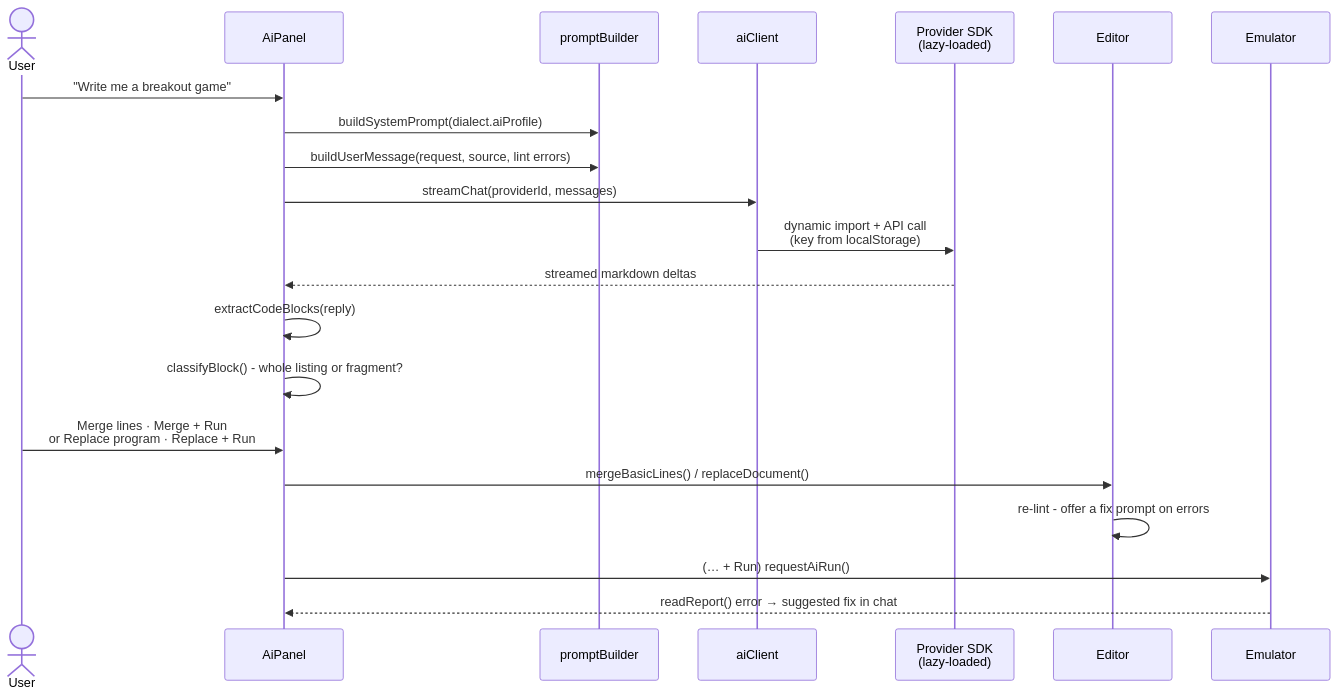
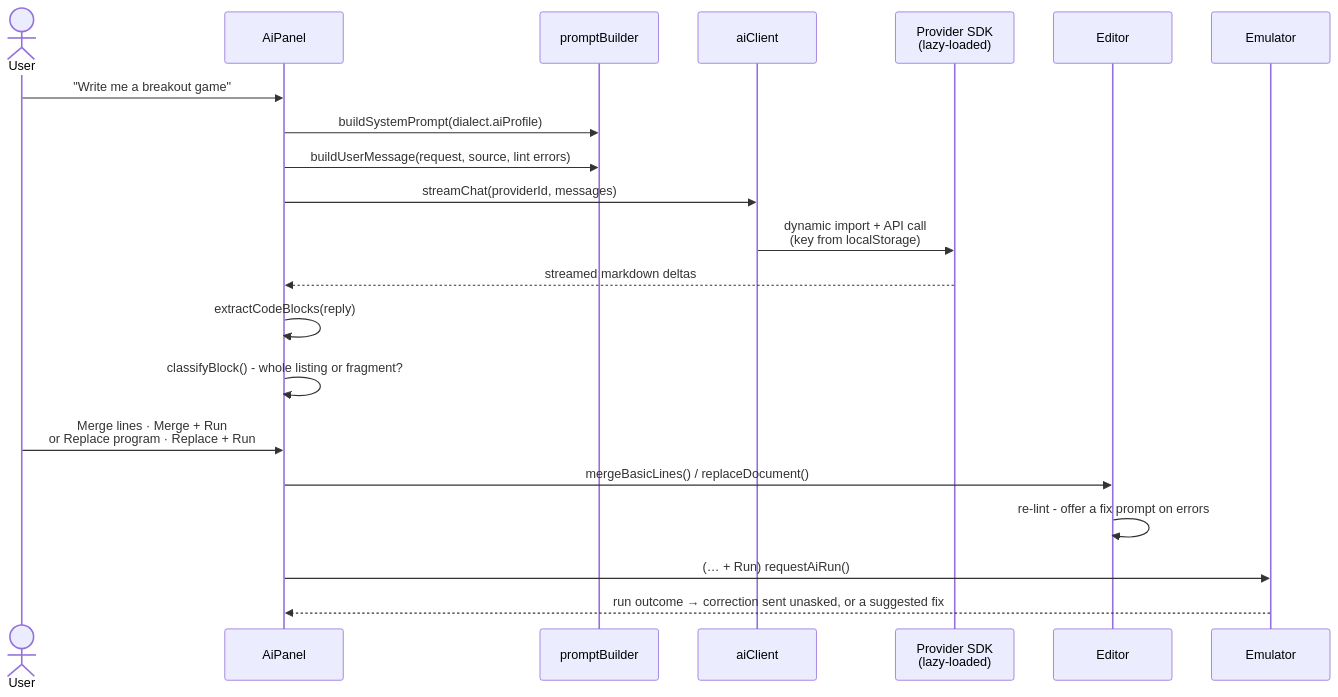
The seventh of 9 diagrams in docs/contributing/architecture.md (seanhodges/basically), drawn with Mermaid before and after one commit. The commit also changed other lines of this file and 29 other files, not shown here.

````diff
--- a/docs/contributing/architecture.md
+++ b/docs/contributing/architecture.md
@@ -468,24 +469,24 @@
 ```mermaid
 sequenceDiagram
   actor U as User
   participant P as AiPanel
   participant B as promptBuilder
   participant C as aiClient
   participant X as Provider SDK<br/>(lazy-loaded)
   participant E as Editor
   participant M as Emulator
 
   U->>P: "Write me a breakout game"
   P->>B: buildSystemPrompt(dialect.aiProfile)
   P->>B: buildUserMessage(request, source, lint errors)
   P->>C: streamChat(providerId, messages)
   C->>X: dynamic import + API call<br/>(key from localStorage)
   X-->>P: streamed markdown deltas
   P->>P: extractCodeBlocks(reply)
   P->>P: classifyBlock() - whole listing or fragment?
   U->>P: Merge lines · Merge + Run<br/>or Replace program · Replace + Run
   P->>E: mergeBasicLines() / replaceDocument()
   E->>E: re-lint - offer a fix prompt on errors
   P->>M: (… + Run) requestAiRun()
-  M-->>P: readReport() error → suggested fix in chat
+  M-->>P: run outcome → correction sent unasked, or a suggested fix
 ```
````
